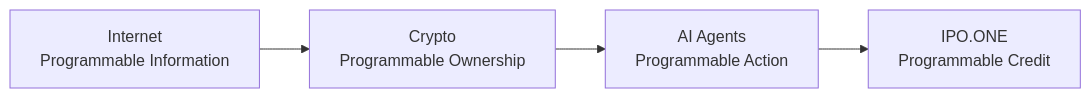
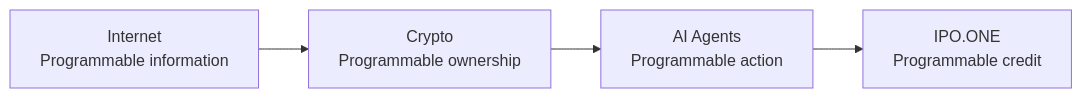
Before and after one commit to CPTM511/IPO.ONE: the first of 7 diagrams in docs/WHITEPAPER.md, drawn with Mermaid. The commit also changed other lines of this file and 14 other files, not shown here.

````diff
--- a/docs/WHITEPAPER.md
+++ b/docs/WHITEPAPER.md
@@ -149,6 +137,8 @@
 ```mermaid
+%% title: Four programmable primitives
+%% caption: Economic action becomes scalable when responsibility across time is also machine-readable.
 flowchart LR
-    Information["Internet\nProgrammable Information"] --> Ownership["Crypto\nProgrammable Ownership"]
-    Ownership --> Autonomy["AI Agents\nProgrammable Action"]
-    Autonomy --> Credit["IPO.ONE\nProgrammable Credit"]
+    Information["Internet\nProgrammable information"] --> Ownership["Crypto\nProgrammable ownership"]
+    Ownership --> Action["AI Agents\nProgrammable action"]
+    Action --> Credit["IPO.ONE\nProgrammable credit"]
 ```
````
